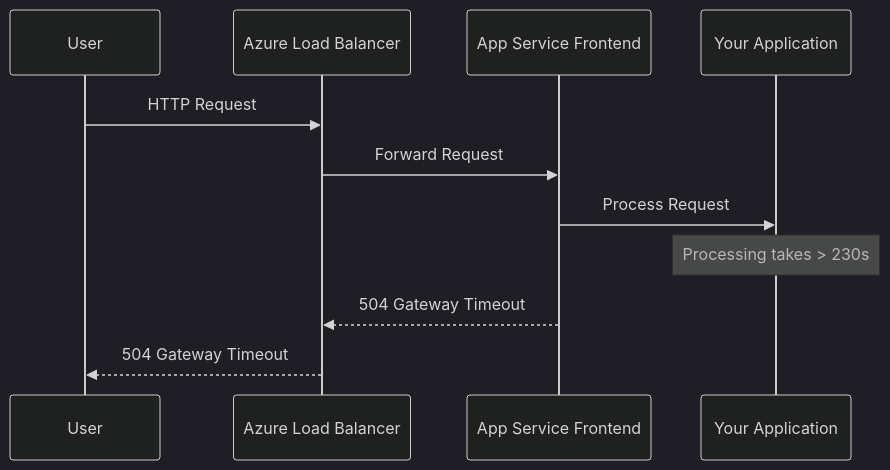
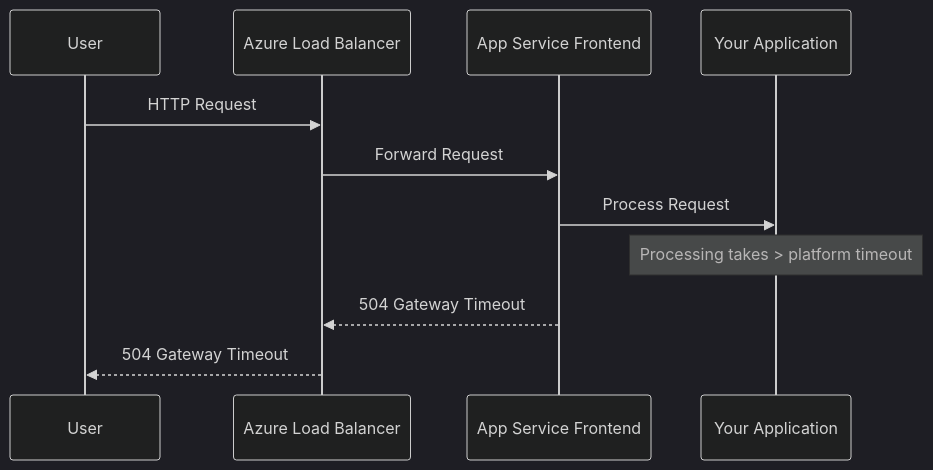
The first of 3 diagrams in posts/2026-01-24-azure-gateway-timeout-app-service/README.md (OneUptime/blog), drawn with Mermaid (dark theme) before and after one commit. The commit also changed other lines of this file and 4262 other files, not shown here.

````diff
--- a/posts/2026-01-24-azure-gateway-timeout-app-service/README.md
+++ b/posts/2026-01-24-azure-gateway-timeout-app-service/README.md
@@ -17,14 +17,14 @@
 ```mermaid
 sequenceDiagram
     participant User
     participant LB as Azure Load Balancer
     participant FE as App Service Frontend
     participant App as Your Application
 
     User->>LB: HTTP Request
     LB->>FE: Forward Request
     FE->>App: Process Request
-    Note over App: Processing takes > 230s
+    Note over App: Processing takes > platform timeout
     FE-->>LB: 504 Gateway Timeout
     LB-->>User: 504 Gateway Timeout
 ```
````
